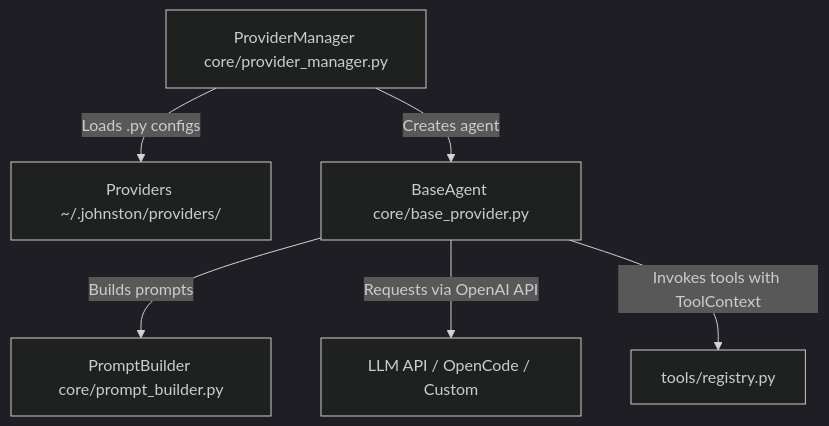
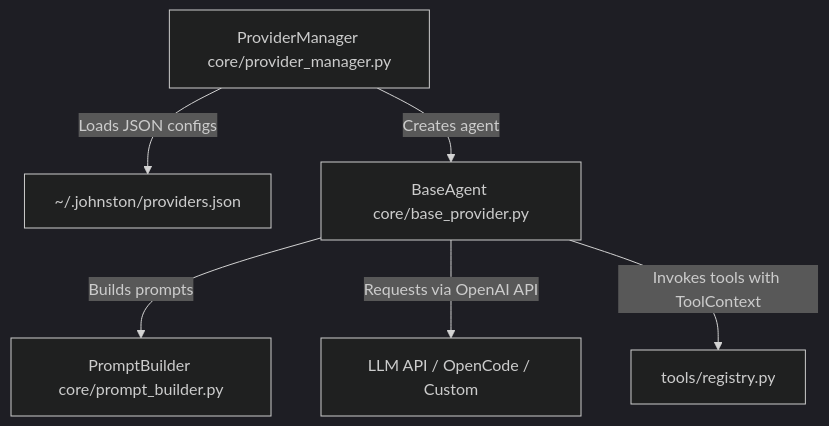
Before and after one commit to p4ulbr4dl3y/johnston: the diagram in AGENTS.md, drawn with Mermaid (dark theme). The commit also changed other lines of this file and 4 other files, not shown here.

Commit message:
feat: unify all providers under JSON configuration system

````diff
--- a/AGENTS.md
+++ b/AGENTS.md
@@ -9,8 +9,8 @@
 ```mermaid
 graph TD
-    PM[ProviderManager core/provider_manager.py] -->|Loads .py configs| P[Providers ~/.johnston/providers/]
+    PM[ProviderManager core/provider_manager.py] -->|Loads JSON configs| P[~/.johnston/providers.json]
     PM -->|Creates agent| Agent[BaseAgent core/base_provider.py]
     Agent -->|Builds prompts| PB[PromptBuilder core/prompt_builder.py]
     Agent -->|Requests via OpenAI API| LLM[LLM API / OpenCode / Custom]
     Agent -->|Invokes tools with ToolContext| Tools[tools/registry.py]
 ```
````
